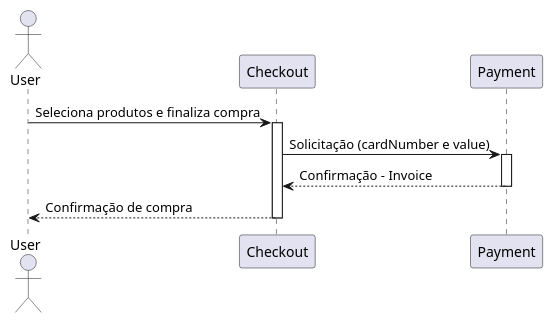
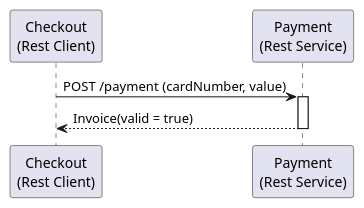
The diagram in docs/topicos/rest-client/store.puml (rodrigoprestesmachado/pw2), drawn with PlantUML before and after one commit. The commit also changed 1 other file, not shown here.

Commit message:
Atualiza a documentação do cliente REST, adicionando detalhes sobre a comunicação entre os serviços de checkout e pagamento, incluindo a validação do pagamento e a estrutura do objeto `Invoice`. Melhora a representação do fluxo de interação no diagrama UML, destacando as requisições e respostas entre os serviços.

```diff
--- a/docs/topicos/rest-client/store.puml
+++ b/docs/topicos/rest-client/store.puml
@@ -1,14 +1,9 @@
 @startuml
-    actor User
-    participant "Checkout" as Checkout
-    participant "Payment" as Payment
+    participant "Checkout\n(Rest Client)" as Checkout
+    participant "Payment\n(Rest Service)" as Payment
 
-    User -> Checkout: Seleciona produtos e finaliza compra
-    activate Checkout
-    Checkout -> Payment: Solicitação (cardNumber e value)
+    Checkout -> Payment: POST /payment (cardNumber, value)
     activate Payment
-    Payment --> Checkout: Confirmação - Invoice
+    Payment --> Checkout: Invoice(valid = true)
     deactivate Payment
-    Checkout --> User: Confirmação de compra
-    deactivate Checkout
 @enduml
```
